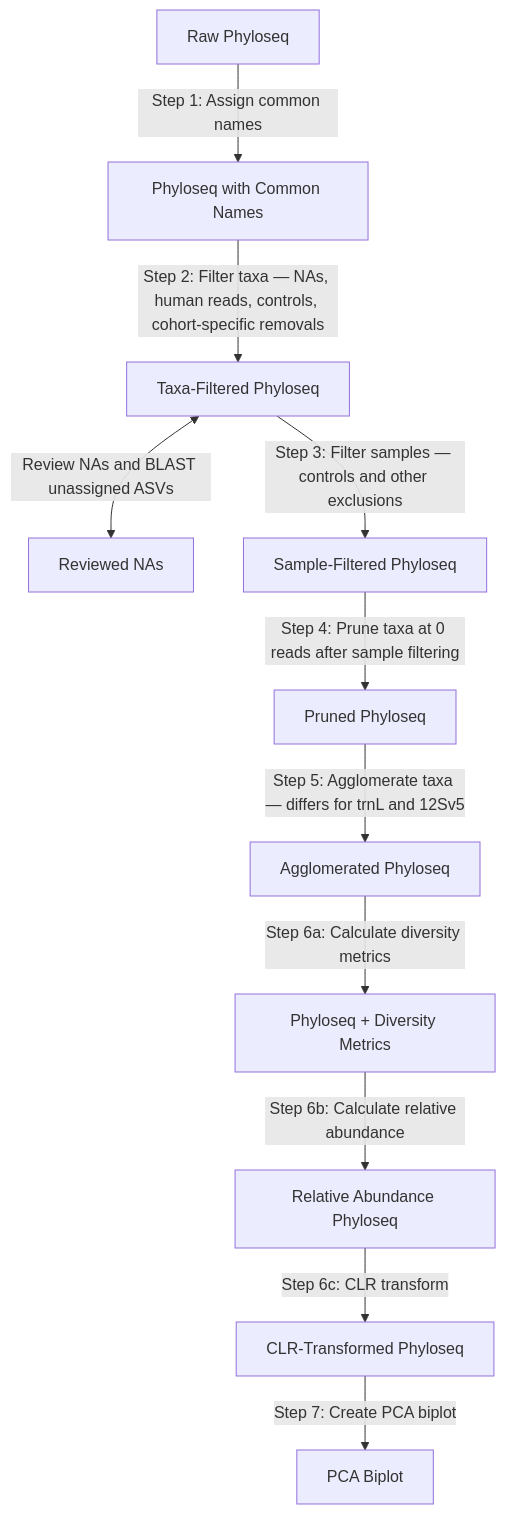
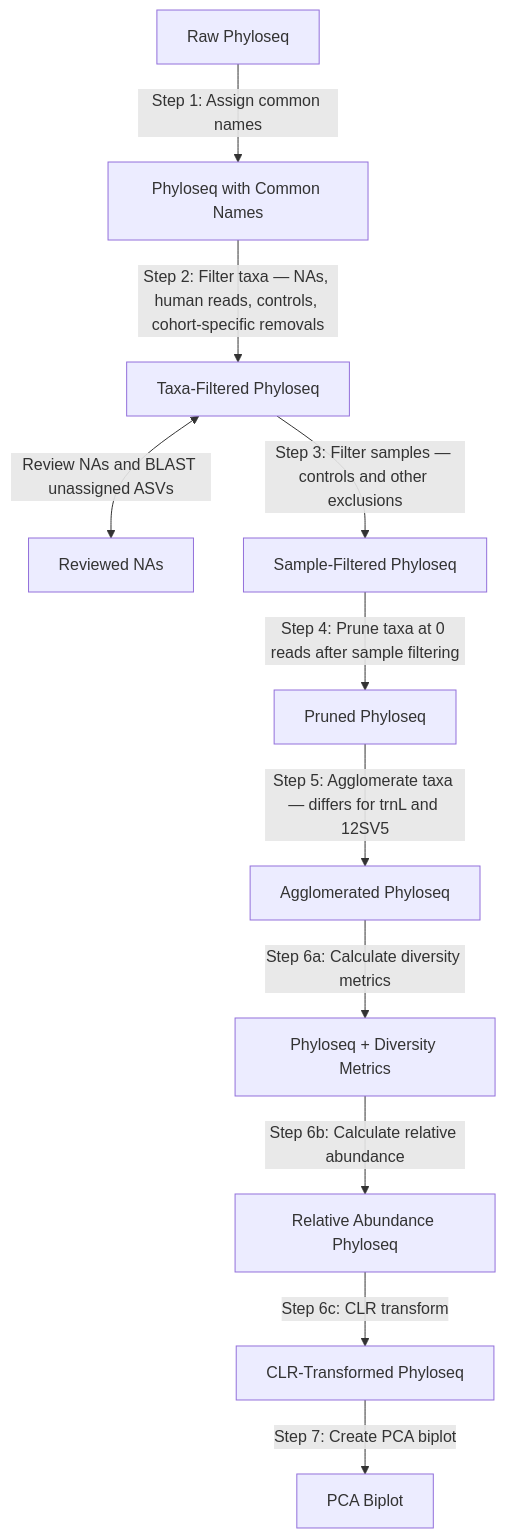
The diagram in docs/processing.md (LAD-LAB/lad-lab.github.io), drawn with Mermaid before and after one commit. The commit also changed 12 other files, not shown here.

````diff
--- a/docs/processing.md
+++ b/docs/processing.md
@@ -5,13 +5,13 @@
 ``` mermaid
 graph TD
     A[Raw Phyloseq] -->|Step 1: Assign common names| B[Phyloseq with Common Names]
     B -->|Step 2: Filter taxa — NAs, human reads, controls, cohort-specific removals| C[Taxa-Filtered Phyloseq]
     C <-->|Review NAs and BLAST unassigned ASVs| R[Reviewed NAs]
     C -->|Step 3: Filter samples — controls and other exclusions| D[Sample-Filtered Phyloseq]
     D -->|Step 4: Prune taxa at 0 reads after sample filtering| E[Pruned Phyloseq]
-    E -->|Step 5: Agglomerate taxa — differs for trnL and 12Sv5| F[Agglomerated Phyloseq]
+    E -->|Step 5: Agglomerate taxa — differs for trnL and 12SV5| F[Agglomerated Phyloseq]
     F -->|Step 6a: Calculate diversity metrics| G[Phyloseq + Diversity Metrics]
     G -->|Step 6b: Calculate relative abundance| H[Relative Abundance Phyloseq]
     H -->|Step 6c: CLR transform| I[CLR-Transformed Phyloseq]
     I -->|Step 7: Create PCA biplot| J[PCA Biplot]
 ```
````
